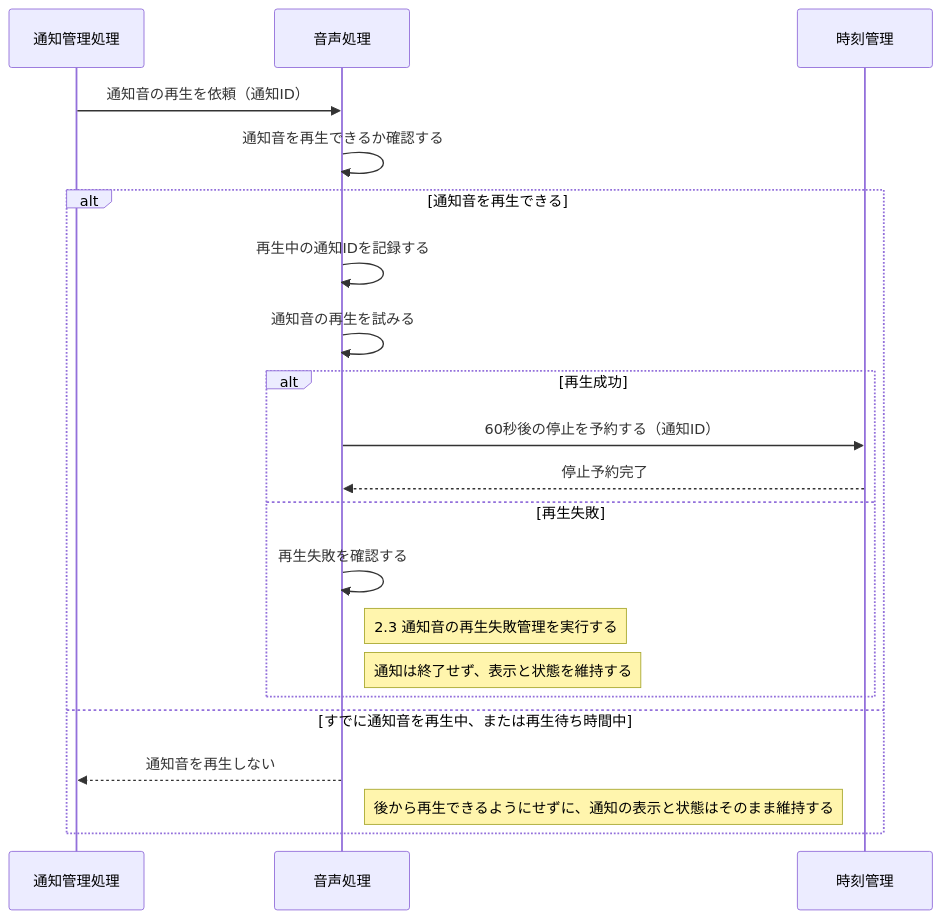
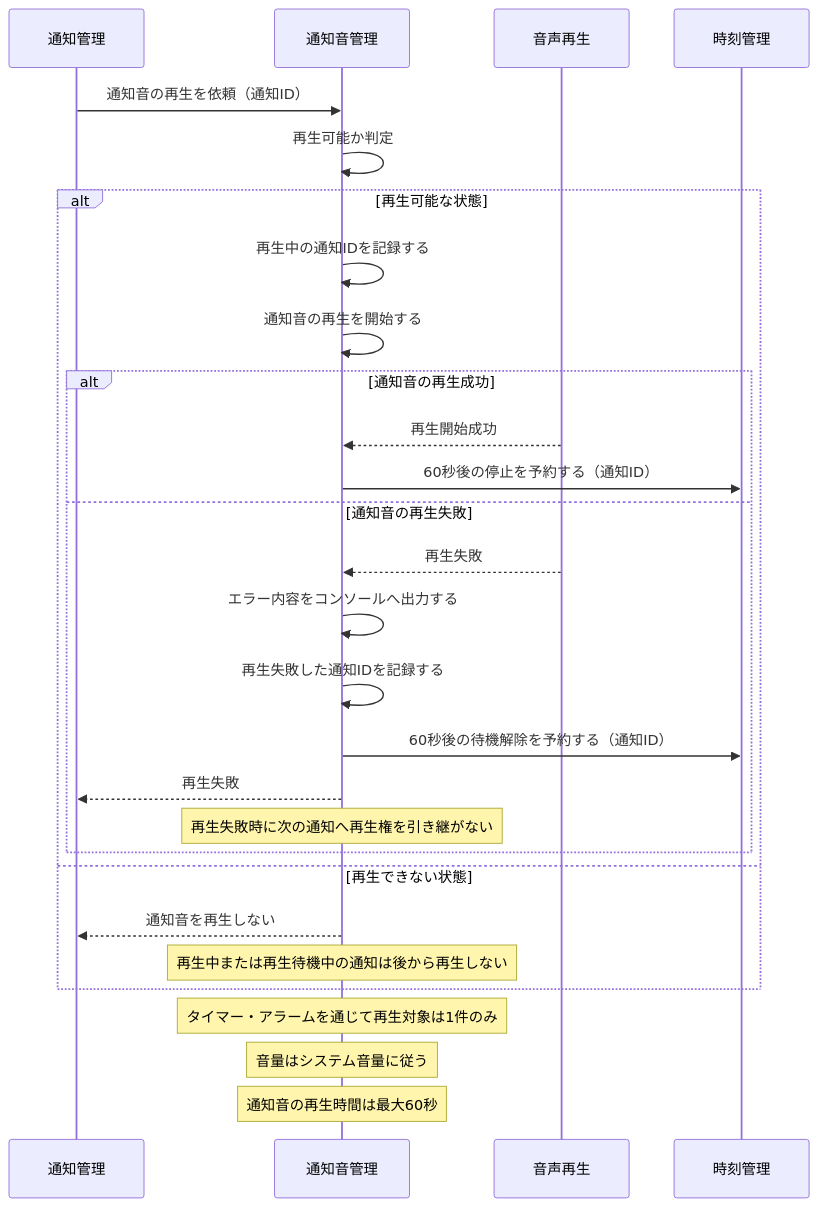
The fourth of 7 diagrams in document/設計/シーケンス図/共通シーケンス図.md (shun62201234-crypto/timerApplication), drawn with Mermaid before and after one commit. The commit also changed other lines of this file, not shown here.

First line of the commit message:
共通シーケンス図の整理と重複処理の統合

````diff
--- a/document/設計/シーケンス図/共通シーケンス図.md
+++ b/document/設計/シーケンス図/共通シーケンス図.md
@@ -132,27 +114,35 @@
 ```mermaid
 sequenceDiagram
-    participant Notify as 通知管理処理
-    participant Audio as 音声処理
+    participant Notify as 通知管理
+    participant Audio as 通知音管理
+    participant Player as 音声再生
     participant Clock as 時刻管理
 
     Notify->>Audio: 通知音の再生を依頼（通知ID）
-    Audio->>Audio: 通知音を再生できるか確認する
+    Audio->>Audio: 再生可能か判定
 
-    alt 通知音を再生できる
+    alt 再生可能な状態
         Audio->>Audio: 再生中の通知IDを記録する
-        Audio->>Audio: 通知音の再生を試みる
+        Audio->>Audio: 通知音の再生を開始する
 
-        alt 再生成功
+        alt 通知音の再生成功
+            Player-->>Audio: 再生開始成功
             Audio->>Clock: 60秒後の停止を予約する（通知ID）
-            Clock-->>Audio: 停止予約完了
-        else 再生失敗
-            Audio->>Audio: 再生失敗を確認する
-            Note right of Audio: 2.3 通知音の再生失敗管理を実行する
-            Note right of Audio: 通知は終了せず、表示と状態を維持する
+        else 通知音の再生失敗
+            Player-->>Audio: 再生失敗
+            Audio->>Audio: エラー内容をコンソールへ出力する
+            Audio->>Audio: 再生失敗した通知IDを記録する
+            Audio->>Clock: 60秒後の待機解除を予約する（通知ID）
+            Audio-->>Notify: 再生失敗
+            Note over Audio: 再生失敗時に次の通知へ再生権を引き継がない
         end
 
-    else すでに通知音を再生中、または再生待ち時間中
+    else 再生できない状態
         Audio-->>Notify: 通知音を再生しない
-        Note right of Audio: 後から再生できるようにせずに、通知の表示と状態はそのまま維持する
+        Note over Audio: 再生中または再生待機中の通知は後から再生しない
     end
+
+    Note over Audio: タイマー・アラームを通じて再生対象は1件のみ
+    Note over Audio: 音量はシステム音量に従う
+    Note over Audio: 通知音の再生時間は最大60秒
 ```
````
